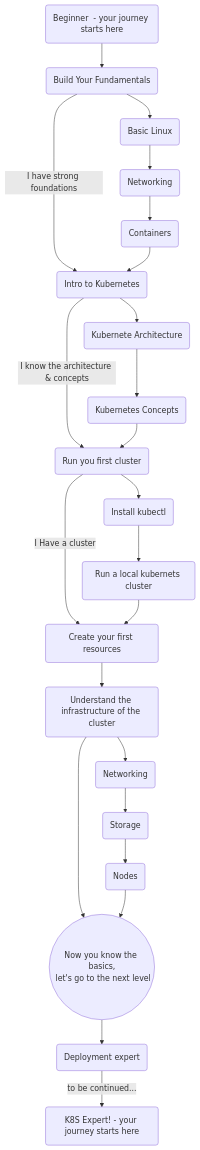
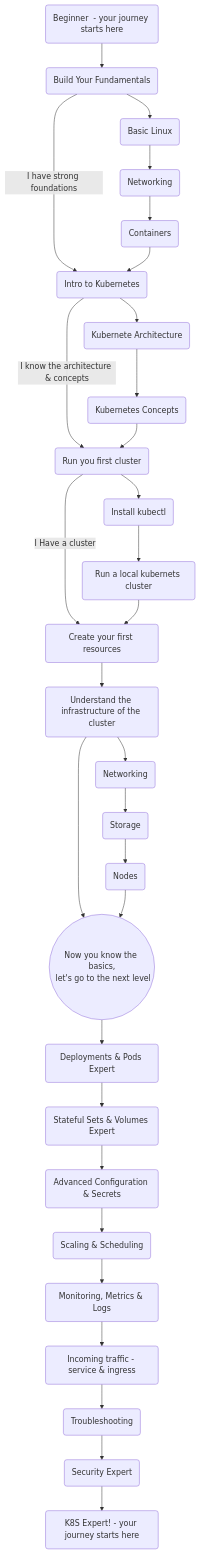
The diagram in README.md (guymenahem/the-kubernetes-journey), drawn with Mermaid before and after one commit.

Commit message:
add more

```diff
--- a/README.md
+++ b/README.md
@@ -63,8 +63,28 @@
         k8s-basic-finish((Now you know the basics,\n let's go to the next level))
         k8s-basic-finish --> deployment-expert
 
-        deployment-expert(Deployment expert) -- to be continued... --> expert
+        deployment-expert(Deployments & Pods Expert)
+        deployment-expert --> stateful-expert
 
+        stateful-expert(Stateful Sets & Volumes Expert)
+        stateful-expert --> advanced-configuration
+
+        advanced-configuration(Advanced Configuration & Secrets)
+        advanced-configuration --> scaling-and-scheduling
+
+        scaling-and-scheduling(Scaling & Scheduling)
+        scaling-and-scheduling --> metrics-and-logs
+
+        metrics-and-logs(Monitoring, Metrics & Logs)
+        metrics-and-logs --> service-ingress
+
+        service-ingress(Incoming traffic - service & ingress)
+        service-ingress --> troubleshooting
+
+        troubleshooting(Troubleshooting)
+        troubleshooting --> security-expert
+
+        security-expert(Security Expert) --> expert
 
         
         expert(K8S Expert! - your journey starts here)
```
